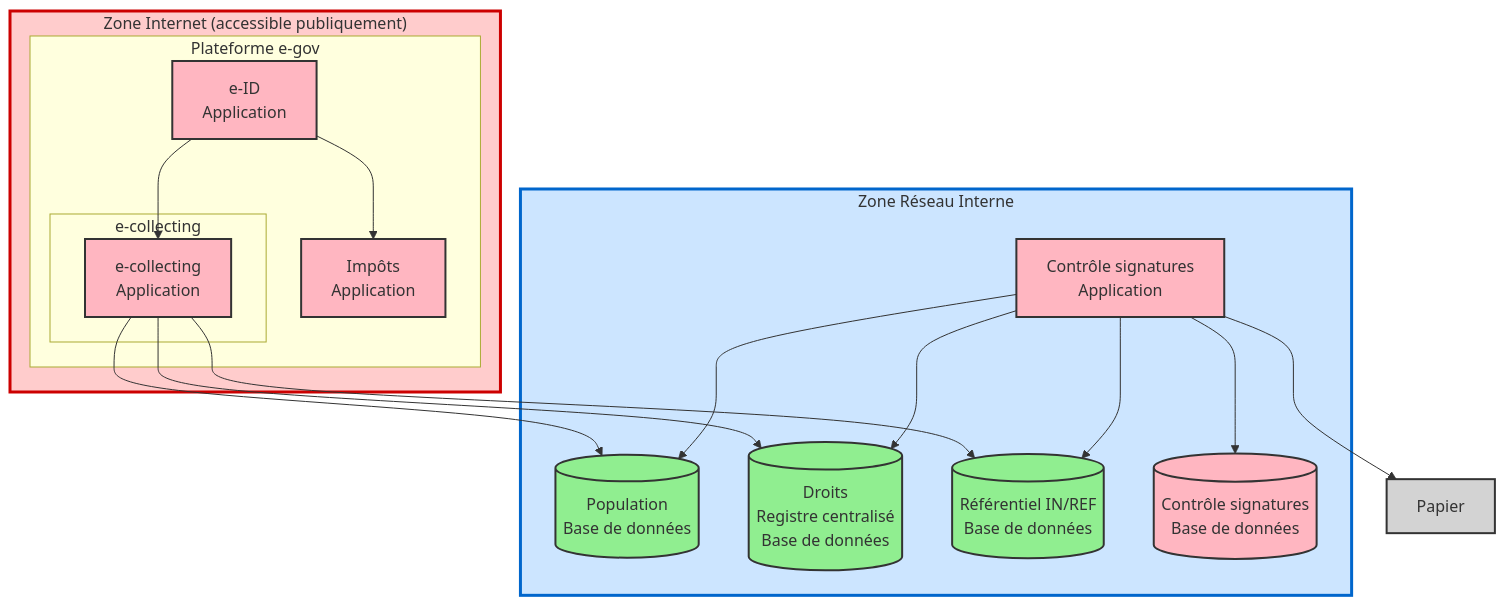
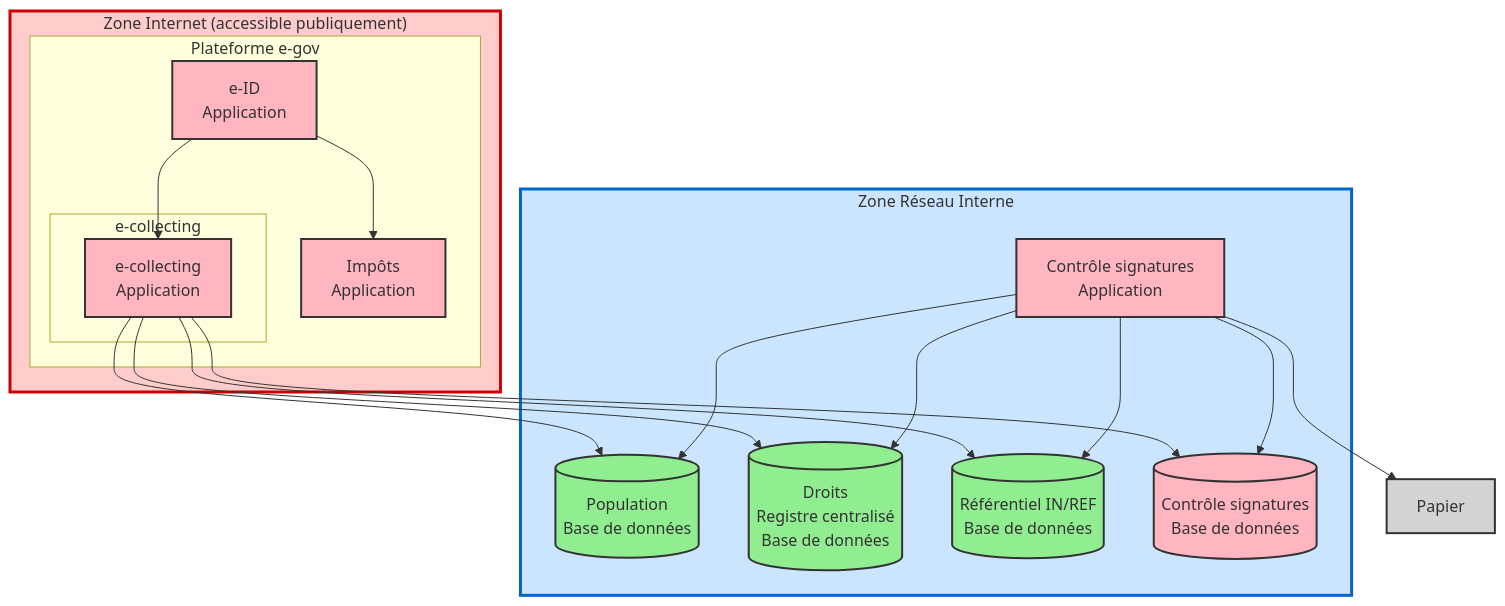
Before and after one commit to swiss/e-collecting-hackathon-team10: the first of 4 diagrams in README.md, drawn with Mermaid.

````diff
--- a/README.md
+++ b/README.md
@@ -64,45 +64,46 @@
 ```mermaid
 graph TB
     subgraph Internet["Zone Internet (accessible publiquement)"]
         subgraph "Plateforme e-gov"
             EID["e-ID<br/>Application"]
             Impots["Impôts<br/>Application"]
             
             subgraph "e-collecting"
                 ECollecting["e-collecting<br/>Application"]
             end
         end
     end
     
     subgraph Interne["Zone Réseau Interne"]
         Population[("Population<br/>Base de données")]
         Droits[("Droits<br/>Registre centralisé<br/>Base de données")]
         ROP[("Référentiel IN/REF<br/>Base de données")]
         CoS["Contrôle signatures<br/>Application"]
 		CoSDB[("Contrôle signatures<br/>Base de données")]
     end
 
     
     EID --> Impots
     EID --> ECollecting
     ECollecting --> Droits
     ECollecting --> Population
     ECollecting --> ROP
+	ECollecting --> CoSDB
     CoS --> Droits
     CoS --> Population
     CoS --> ROP
 	CoS --> CoSDB
     CoS --> Papier
     
     style Internet fill:#ffcccc,stroke:#cc0000,stroke-width:3px
     style Interne fill:#cce5ff,stroke:#0066cc,stroke-width:3px
     style Population fill:#90EE90,stroke:#333,stroke-width:2px
     style Droits fill:#90EE90,stroke:#333,stroke-width:2px
     style ROP fill:#90EE90,stroke:#333,stroke-width:2px
     style EID fill:#FFB6C1,stroke:#333,stroke-width:2px
     style Impots fill:#FFB6C1,stroke:#333,stroke-width:2px
     style ECollecting fill:#FFB6C1,stroke:#333,stroke-width:2px
     style CoS fill:#FFB6C1,stroke:#333,stroke-width:2px
     style CoSDB fill:#FFB6C1,stroke:#333,stroke-width:2px
     style Papier fill:#D3D3D3,stroke:#333,stroke-width:2px
 ```
````
